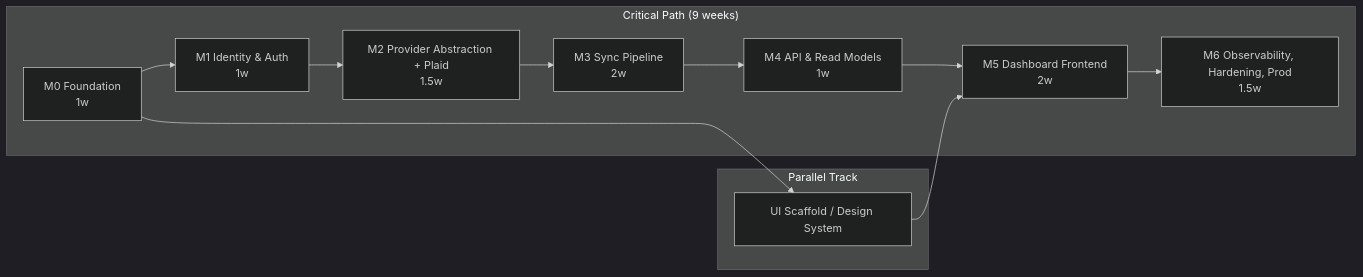
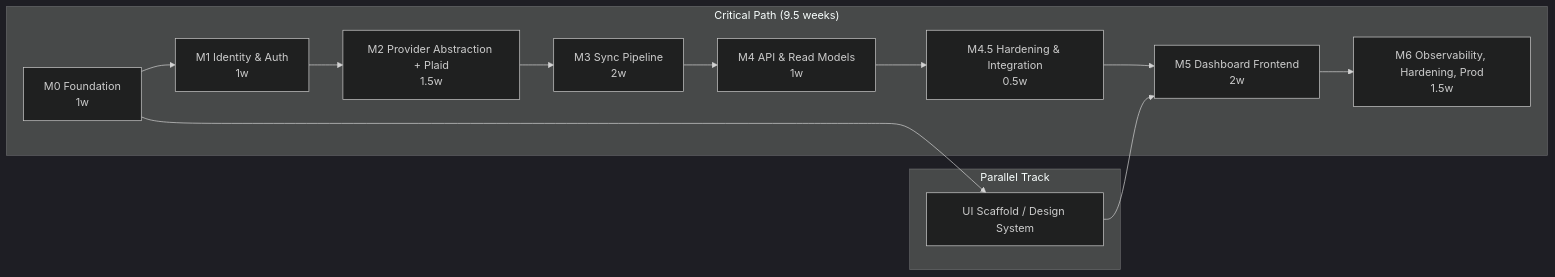
One commit to kylerpbyrd/byrdos changed the first of 2 diagrams in docs/roadmap/milestones.md. Above: the diagram before and after it, drawn with Mermaid (dark theme). The commit also changed other lines of this file and 130 other files, not shown here.

````diff
--- a/docs/roadmap/milestones.md
+++ b/docs/roadmap/milestones.md
@@ -19,17 +19,18 @@
 ```mermaid
 flowchart LR
-    subgraph Critical["Critical Path (9 weeks)"]
+    subgraph Critical["Critical Path (9.5 weeks)"]
         M0["M0 Foundation<br/>1w"] --> M1["M1 Identity & Auth<br/>1w"]
         M1 --> M2["M2 Provider Abstraction + Plaid<br/>1.5w"]
         M2 --> M3["M3 Sync Pipeline<br/>2w"]
         M3 --> M4["M4 API & Read Models<br/>1w"]
-        M4 --> M5["M5 Dashboard Frontend<br/>2w"]
+        M4 --> M4P5["M4.5 Hardening & Integration<br/>0.5w"]
+        M4P5 --> M5["M5 Dashboard Frontend<br/>2w"]
         M5 --> M6["M6 Observability, Hardening, Prod<br/>1.5w"]
     end
 
     subgraph Parallel["Parallel Track"]
         M0 --> UI["UI Scaffold / Design System"]
     end
 
     UI --> M5
 ```
````
